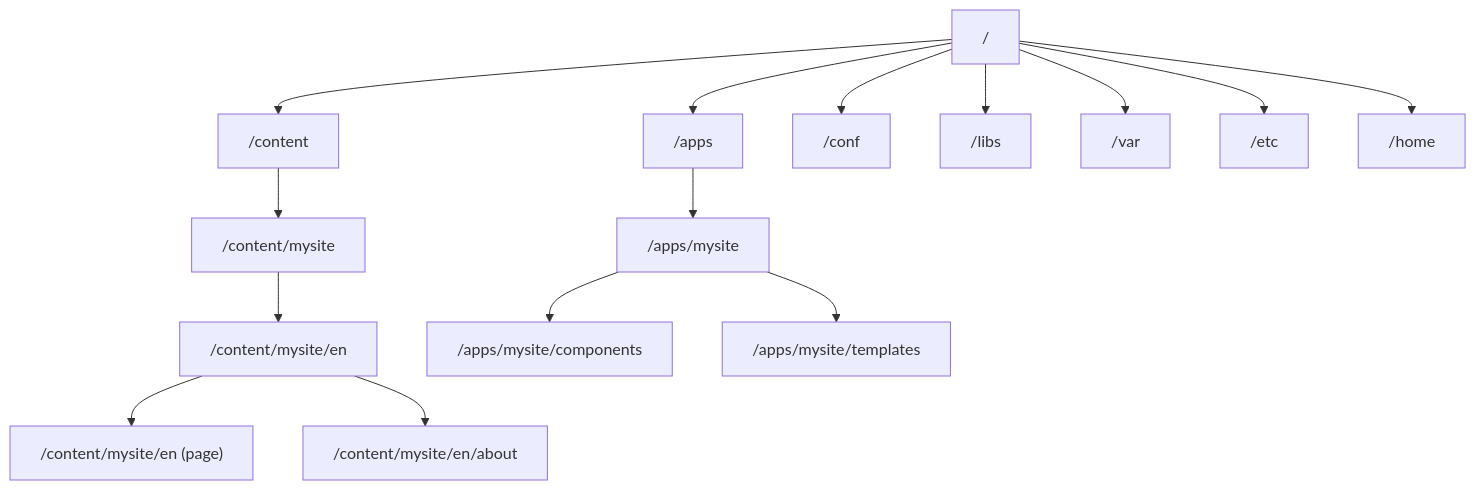
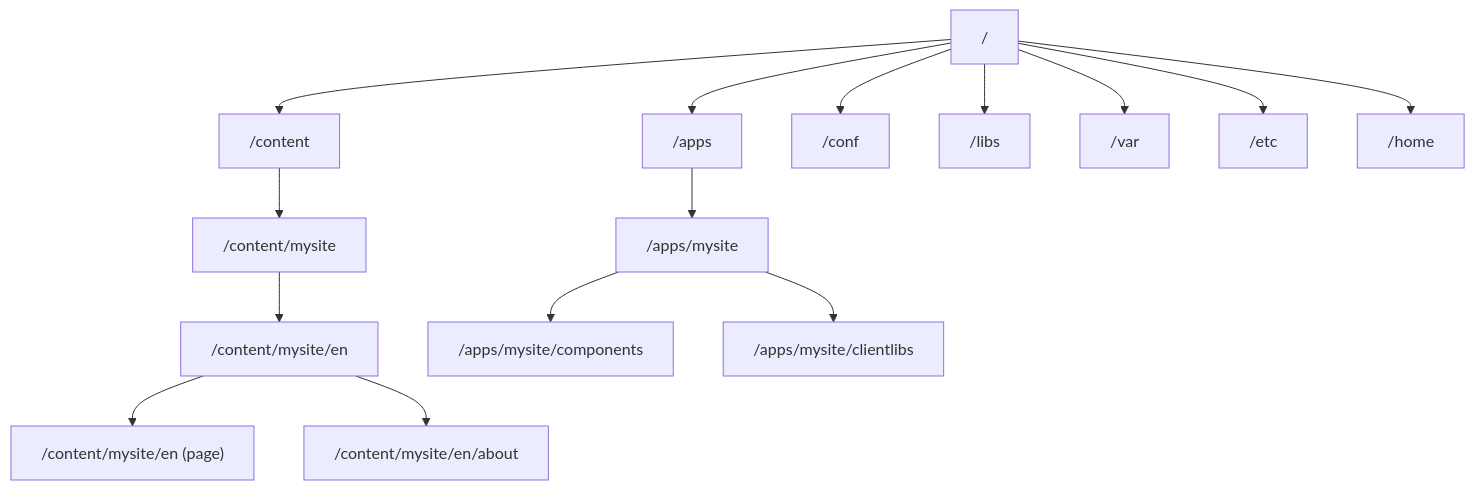
Before and after one commit to LucaNerlich/lucanerlich.com: the first of 3 diagrams in docs/aem/beginners-guide/02-jcr-and-sling.md, drawn with Mermaid. The commit also changed 11 other files, not shown here.

````diff
--- a/docs/aem/beginners-guide/02-jcr-and-sling.md
+++ b/docs/aem/beginners-guide/02-jcr-and-sling.md
@@ -27,20 +27,20 @@
 ```mermaid
 flowchart TD
     Root["/"]
     Root --> Apps["/apps"]
     Root --> Content["/content"]
     Root --> Conf["/conf"]
     Root --> Libs["/libs"]
     Root --> Var["/var"]
     Root --> Etc["/etc"]
     Root --> Home["/home"]
 
     Content --> MySite["/content/mysite"]
     MySite --> EN["/content/mysite/en"]
     EN --> HomePage["/content/mysite/en (page)"]
     EN --> About["/content/mysite/en/about"]
 
     Apps --> MySiteApps["/apps/mysite"]
     MySiteApps --> Components["/apps/mysite/components"]
-    MySiteApps --> Templates["/apps/mysite/templates"]
+    MySiteApps --> Clientlibs["/apps/mysite/clientlibs"]
 ```
````
